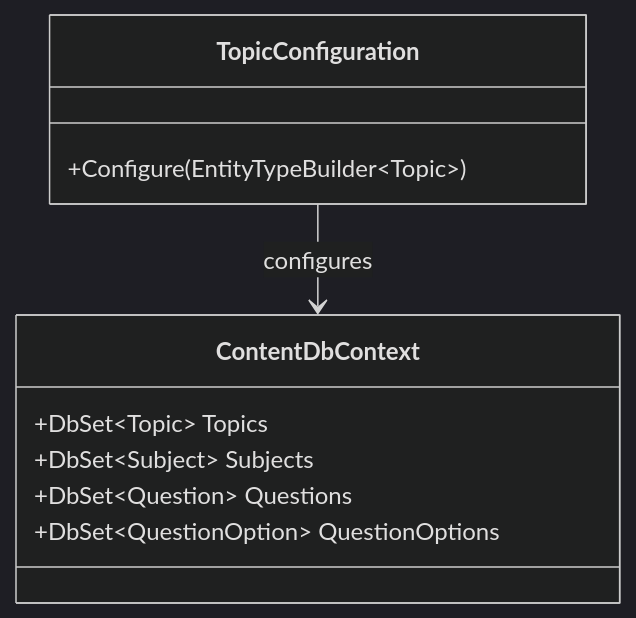
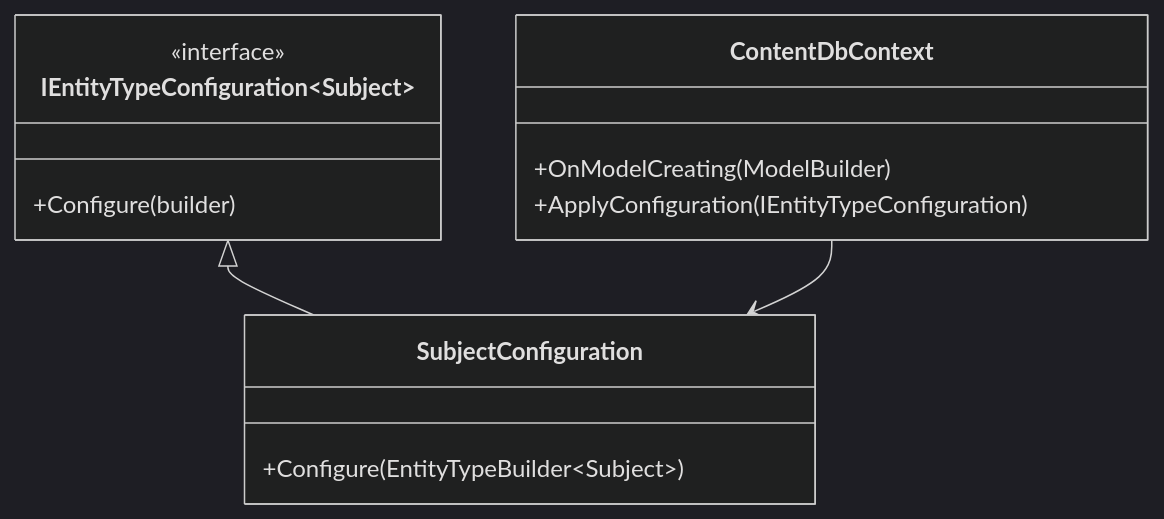
One commit to nirmand/Wisgenix-AI changed the tenth of 13 diagrams in docs/low-level-design.md. Above: the diagram before and after it, drawn with Mermaid (dark theme). The commit also changed other lines of this file and 3 other files, not shown here.

````diff
--- a/docs/low-level-design.md
+++ b/docs/low-level-design.md
@@ -176,15 +365,19 @@
 ```mermaid
 classDiagram
-    class TopicConfiguration {
-        +Configure(EntityTypeBuilder~Topic~)
+    class IEntityTypeConfiguration~Subject~ {
+        <<interface>>
+        +Configure(builder)
+    }
+    
+    class SubjectConfiguration {
+        +Configure(EntityTypeBuilder~Subject~)
     }
     
     class ContentDbContext {
-        +DbSet~Topic~ Topics
-        +DbSet~Subject~ Subjects
-        +DbSet~Question~ Questions
-        +DbSet~QuestionOption~ QuestionOptions
+        +OnModelCreating(ModelBuilder)
+        +ApplyConfiguration(IEntityTypeConfiguration)
     }
     
-    TopicConfiguration --> ContentDbContext : configures
+    IEntityTypeConfiguration~Subject~ <|-- SubjectConfiguration
+    ContentDbContext --> SubjectConfiguration
 ```
````
